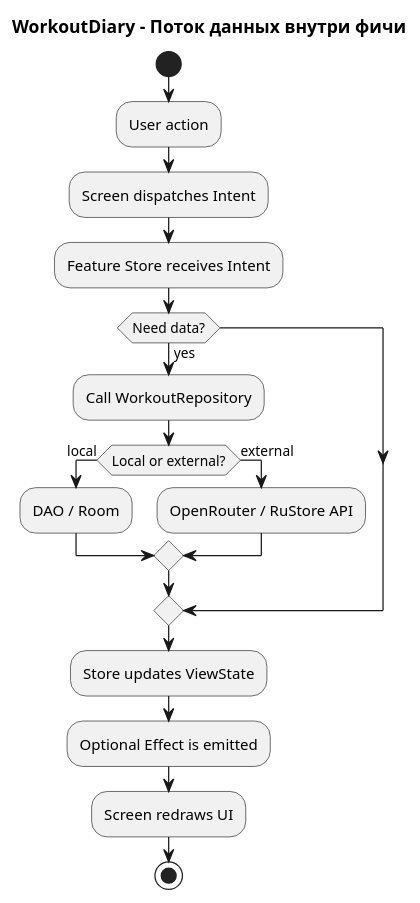
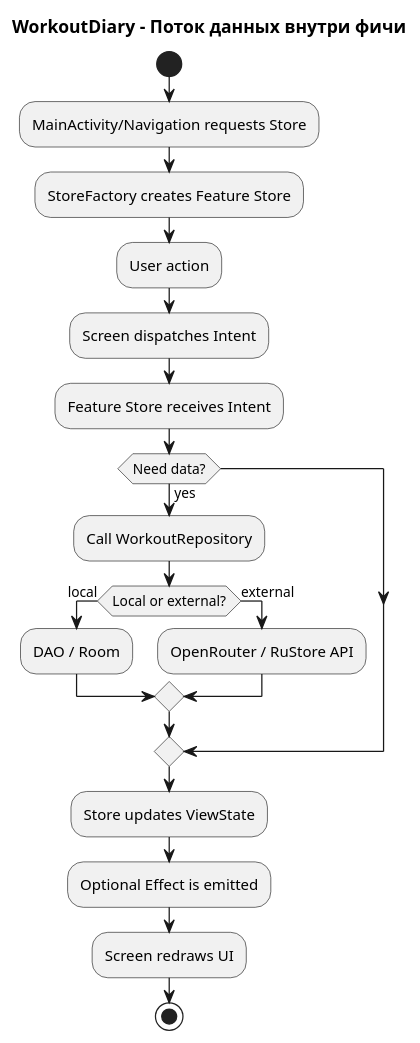
One commit to BestPricklyCactus/WorkoutDiary changed the diagram in docs/uml/feature_data_flow.puml. Above: the diagram before and after it, drawn with PlantUML. The commit also changed 6 other files, not shown here.

Commit message:
Обновила README.md и диаграммы

```diff
--- a/docs/uml/feature_data_flow.puml
+++ b/docs/uml/feature_data_flow.puml
@@ -1,25 +1,27 @@
 @startuml
 title WorkoutDiary - Поток данных внутри фичи
 
 skinparam backgroundColor white
 skinparam shadowing false
 skinparam defaultFontName Arial
 
 start
+:MainActivity/Navigation requests Store;
+:StoreFactory creates Feature Store;
 :User action;
 :Screen dispatches Intent;
 :Feature Store receives Intent;
 if (Need data?) then (yes)
   :Call WorkoutRepository;
   if (Local or external?) then (local)
     :DAO / Room;
   else (external)
     :OpenRouter / RuStore API;
   endif
 endif
 :Store updates ViewState;
 :Optional Effect is emitted;
 :Screen redraws UI;
 stop
 
 @enduml
```
